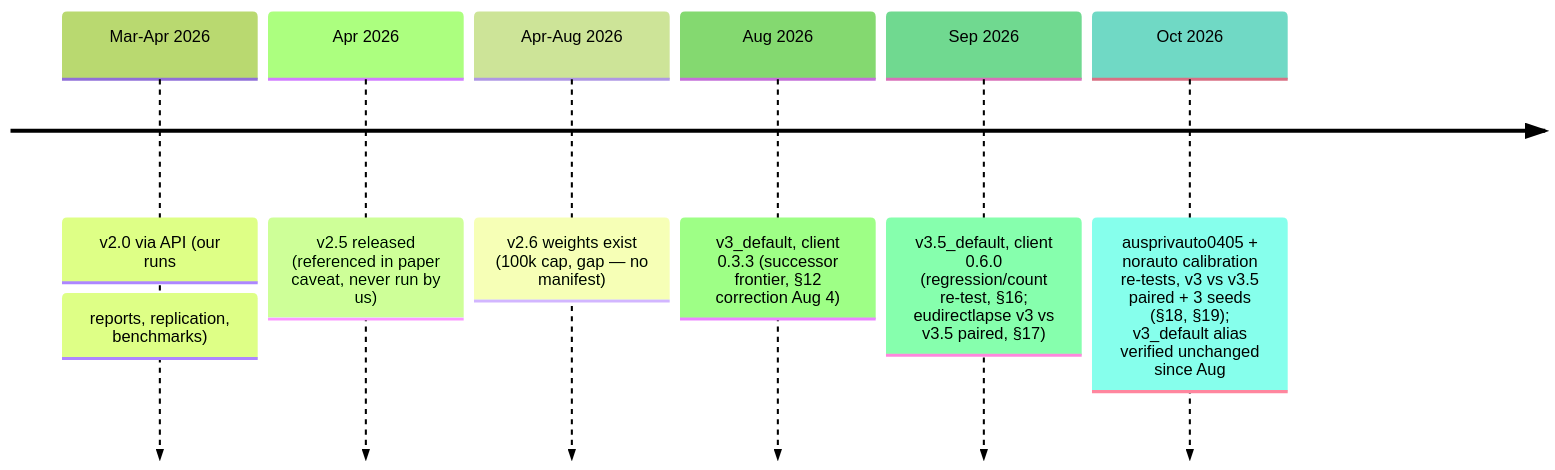
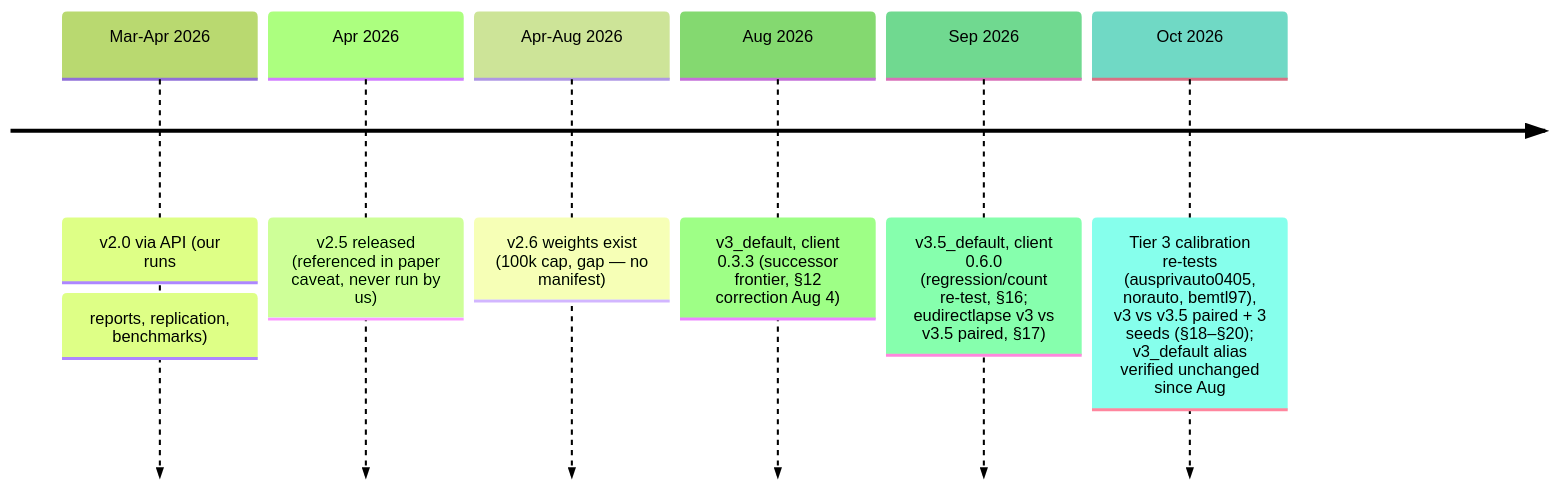
One commit to IFoA-ADSWP/tabular-foundation-model changed the diagram in docs/MODEL_VERSIONS.md. Above: the diagram before and after it, drawn with Mermaid (forest theme). The commit also changed other lines of this file and 26 other files, not shown here.

First line of the commit message:
feat: Tier 3 re-test — bemtl97: v3.5 reverses the LightGBM loss; calibration tier complete (#186)

````diff
--- a/docs/MODEL_VERSIONS.md
+++ b/docs/MODEL_VERSIONS.md
@@ -24,9 +24,9 @@
 ```mermaid
 timeline
     Mar-Apr 2026 : v2.0 via API (our runs: reports, replication, benchmarks)
     Apr 2026 : v2.5 released (referenced in paper caveat, never run by us)
     Apr-Aug 2026 : v2.6 weights exist (100k cap, gap — no manifest)
     Aug 2026 : v3_default, client 0.3.3 (successor frontier, §12 correction Aug 4)
     Sep 2026 : v3.5_default, client 0.6.0 (regression/count re-test, §16; eudirectlapse v3 vs v3.5 paired, §17)
-    Oct 2026 : ausprivauto0405 + norauto calibration re-tests, v3 vs v3.5 paired + 3 seeds (§18, §19); v3_default alias verified unchanged since Aug
+    Oct 2026 : Tier 3 calibration re-tests (ausprivauto0405, norauto, bemtl97), v3 vs v3.5 paired + 3 seeds (§18–§20); v3_default alias verified unchanged since Aug
 ```
````
